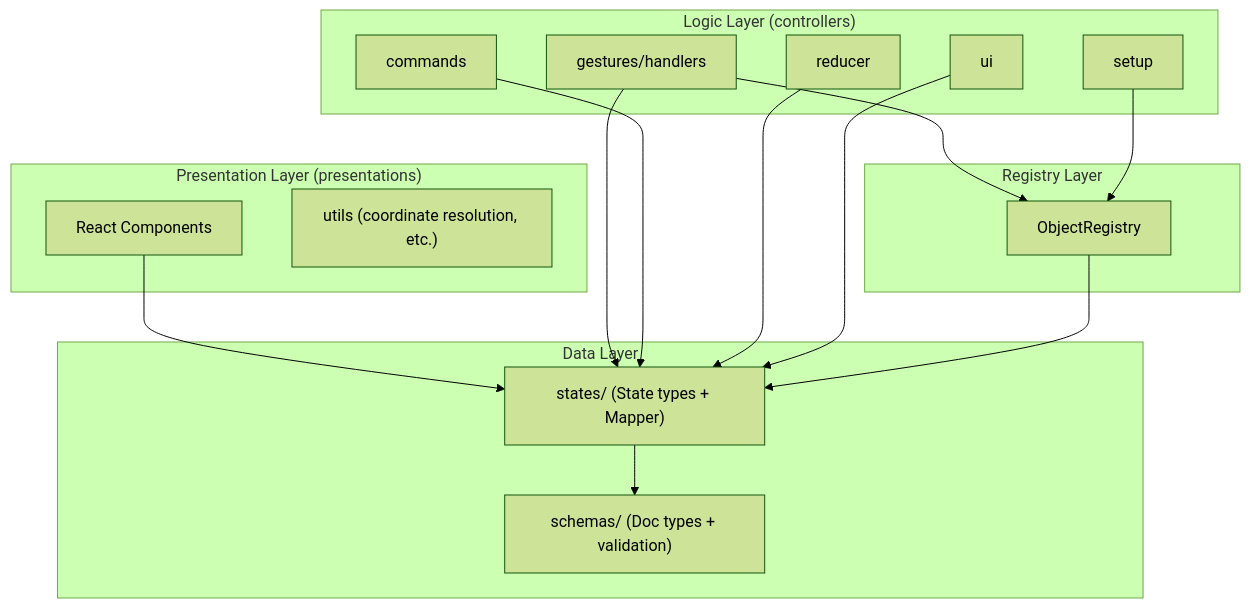
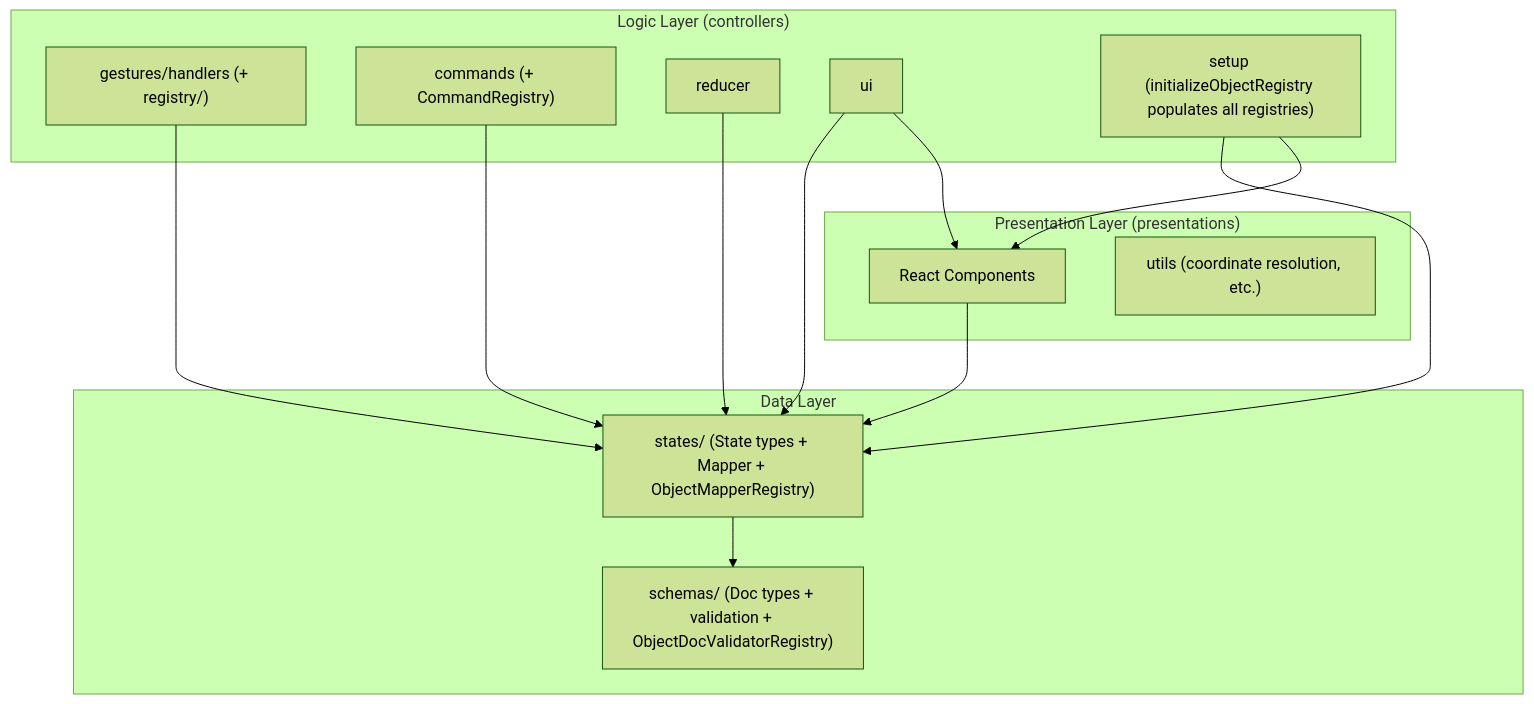
Before and after one commit to gznnk/jiscribe: the diagram in packages/canvas/docs/02-architecture.md, drawn with Mermaid (forest theme). The commit also changed other lines of this file and 8 other files, not shown here.

````diff
--- a/packages/canvas/docs/02-architecture.md
+++ b/packages/canvas/docs/02-architecture.md
@@ -86,31 +95,28 @@
 ```mermaid
 graph TD
     subgraph Presentations["Presentation Layer (presentations)"]
         PresentationComponents["React Components"]
         PresentationUtils["utils (coordinate resolution, etc.)"]
     end
     subgraph Controllers["Logic Layer (controllers)"]
-        Gestures["gestures/handlers"]
-        Commands["commands"]
+        Gestures["gestures/handlers (+ registry/)"]
+        Commands["commands (+ CommandRegistry)"]
         Reducer["reducer"]
         UI["ui"]
-        Setup["setup"]
-    end
-    subgraph Registry["Registry Layer"]
-        ObjectRegistry["ObjectRegistry"]
+        Setup["setup (initializeObjectRegistry populates all registries)"]
     end
     subgraph States["Data Layer"]
-        StatesTypes["states/ (State types + Mapper)"]
-        SchemasTypes["schemas/ (Doc types + validation)"]
+        StatesTypes["states/ (State types + Mapper + ObjectMapperRegistry)"]
+        SchemasTypes["schemas/ (Doc types + validation + ObjectDocValidatorRegistry)"]
     end
 
     PresentationComponents --> StatesTypes
     Gestures --> StatesTypes
-    Gestures --> ObjectRegistry
     Commands --> StatesTypes
     Reducer --> StatesTypes
     UI --> StatesTypes
-    Setup --> ObjectRegistry
-    ObjectRegistry --> StatesTypes
+    UI --> PresentationComponents
+    Setup --> StatesTypes
+    Setup --> PresentationComponents
     StatesTypes --> SchemasTypes
 ```
````
